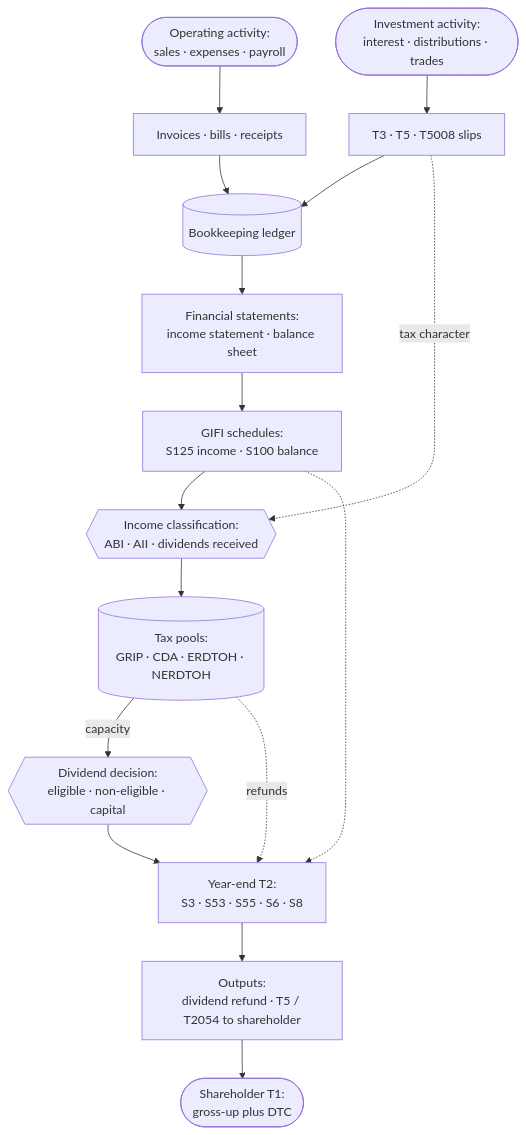
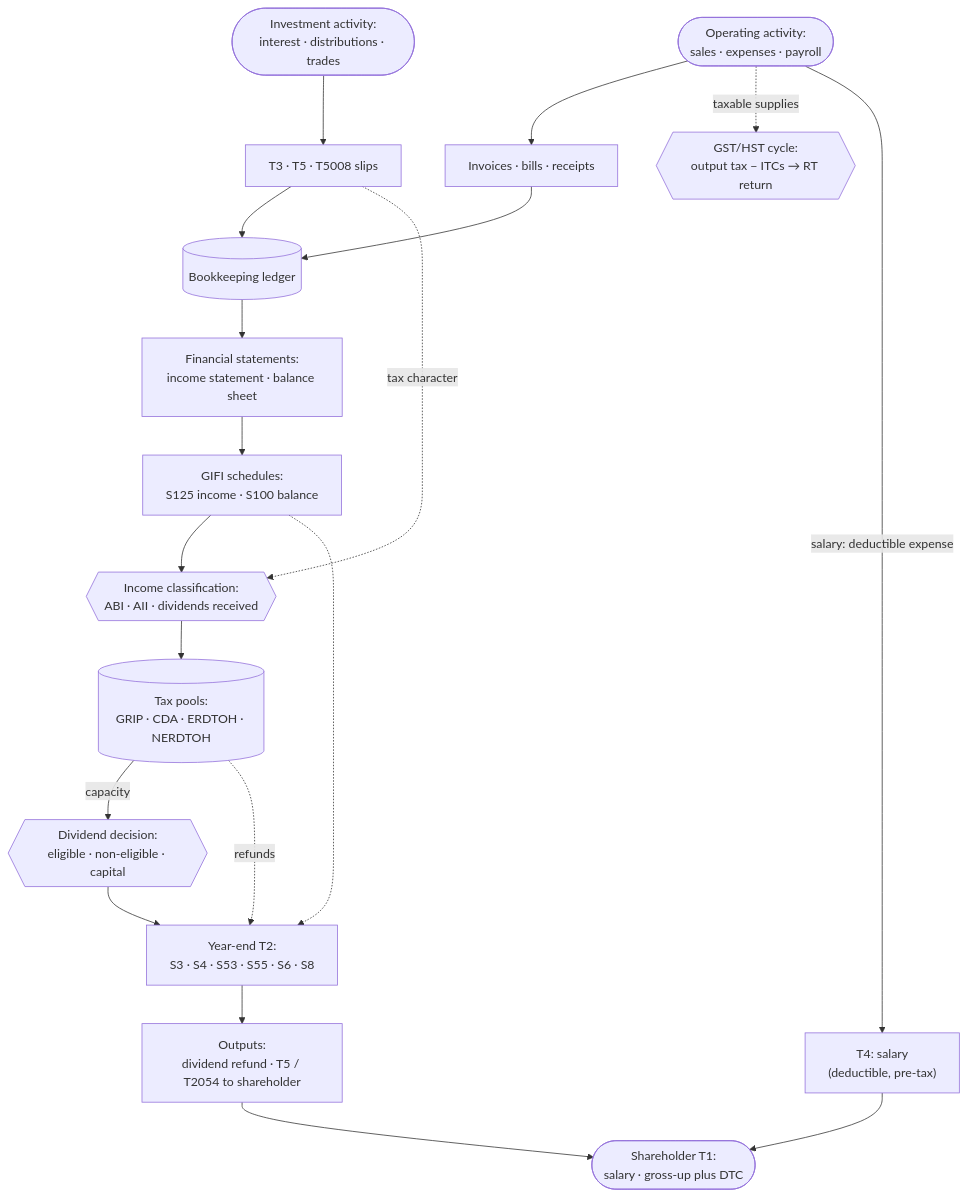
One commit to alexoooo/canadian-corp-info changed the first of 4 diagrams in guide/Concept-Map.md. Above: the diagram before and after it, drawn with Mermaid. The commit also changed other lines of this file and 3 other files, not shown here.

````diff
--- a/guide/Concept-Map.md
+++ b/guide/Concept-Map.md
@@ -27,25 +29,30 @@
 ```mermaid
 flowchart TB
     OPS(["Operating activity:<br/>sales · expenses · payroll"])
     INV(["Investment activity:<br/>interest · distributions · trades"])
     BILLS["Invoices · bills · receipts"]
     DOC["T3 · T5 · T5008 slips"]
+    GST{{"GST/HST cycle:<br/>output tax − ITCs → RT return"}}
     GL[("Bookkeeping ledger")]
     FS["Financial statements:<br/>income statement · balance sheet"]
     GIFI["GIFI schedules:<br/>S125 income · S100 balance"]
     CLASS{{"Income classification:<br/>ABI · AII · dividends received"}}
     POOLS[("Tax pools:<br/>GRIP · CDA · ERDTOH · NERDTOH")]
+    SAL["T4: salary<br/>(deductible, pre-tax)"]
     DEC{{"Dividend decision:<br/>eligible · non-eligible · capital"}}
-    T2["Year-end T2:<br/>S3 · S53 · S55 · S6 · S8"]
+    T2["Year-end T2:<br/>S3 · S4 · S53 · S55 · S6 · S8"]
     OUT["Outputs:<br/>dividend refund · T5 / T2054 to shareholder"]
-    T1(["Shareholder T1:<br/>gross-up plus DTC"])
+    T1(["Shareholder T1:<br/>salary · gross-up plus DTC"])
 
     OPS --> BILLS --> GL
     INV --> DOC --> GL
+    OPS -.->|taxable supplies| GST
+    OPS -->|salary: deductible expense| SAL
     GL --> FS --> GIFI --> CLASS --> POOLS
     DOC -.->|tax character| CLASS
     POOLS -->|capacity| DEC
     DEC --> T2 --> OUT --> T1
+    SAL --> T1
     GIFI -.-> T2
     POOLS -.->|refunds| T2
 ```
````
